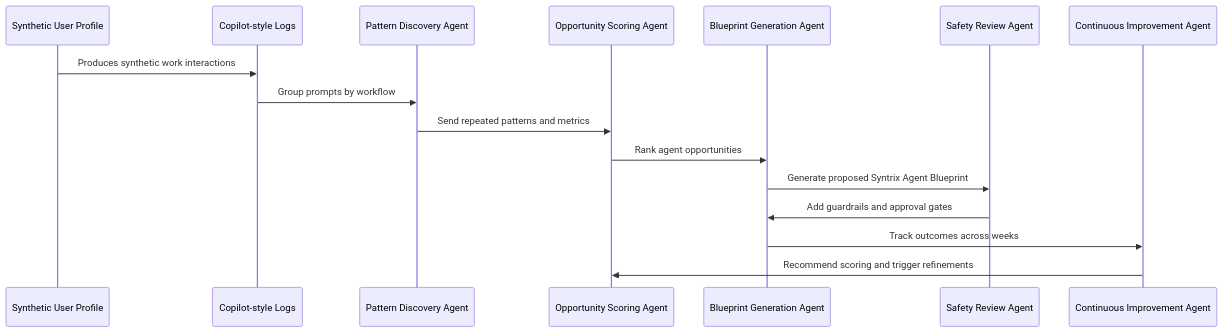
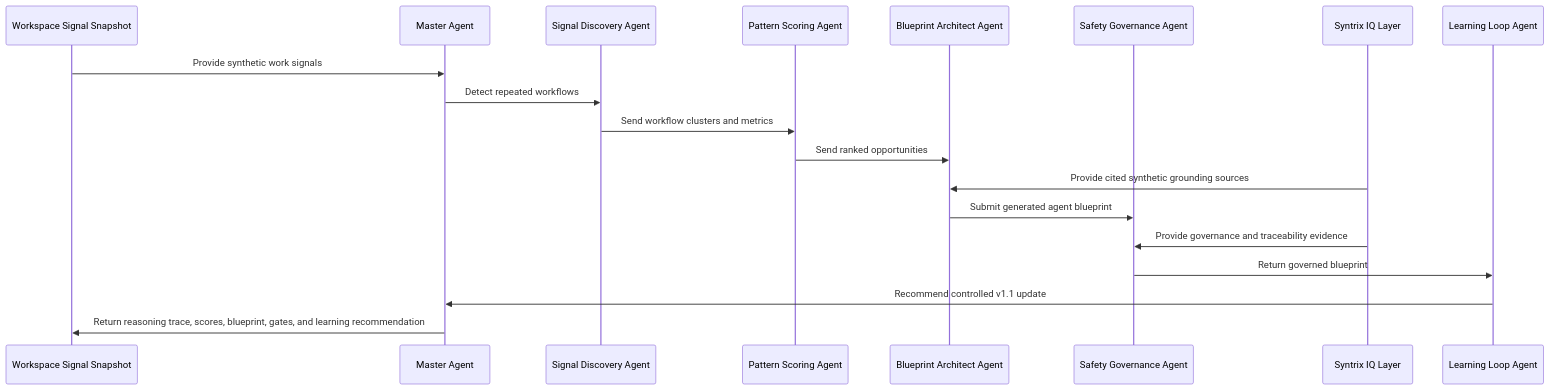
The diagram in diagrams/reasoning_flow.mmd (MDVS17/ReasoningAgent), drawn with Mermaid before and after one commit. The commit also changed 7 other files, not shown here.

```diff
--- a/diagrams/reasoning_flow.mmd
+++ b/diagrams/reasoning_flow.mmd
@@ -1,17 +1,20 @@
 sequenceDiagram
-    participant U as Synthetic User Profile
-    participant L as Copilot-style Logs
-    participant P as Pattern Discovery Agent
-    participant S as Opportunity Scoring Agent
-    participant B as Blueprint Generation Agent
-    participant G as Safety Review Agent
-    participant C as Continuous Improvement Agent
+    participant U as Workspace Signal Snapshot
+    participant M as Master Agent
+    participant D as Signal Discovery Agent
+    participant S as Pattern Scoring Agent
+    participant B as Blueprint Architect Agent
+    participant G as Safety Governance Agent
+    participant I as Syntrix IQ Layer
+    participant L as Learning Loop Agent
 
-    U->>L: Produces synthetic work interactions
-    L->>P: Group prompts by workflow
-    P->>S: Send repeated patterns and metrics
-    S->>B: Rank agent opportunities
-    B->>G: Generate proposed Syntrix Agent Blueprint
-    G->>B: Add guardrails and approval gates
-    B->>C: Track outcomes across weeks
-    C->>S: Recommend scoring and trigger refinements
+    U->>M: Provide synthetic work signals
+    M->>D: Detect repeated workflows
+    D->>S: Send workflow clusters and metrics
+    S->>B: Send ranked opportunities
+    I->>B: Provide cited synthetic grounding sources
+    B->>G: Submit generated agent blueprint
+    I->>G: Provide governance and traceability evidence
+    G->>L: Return governed blueprint
+    L->>M: Recommend controlled v1.1 update
+    M->>U: Return reasoning trace, scores, blueprint, gates, and learning recommendation
```
